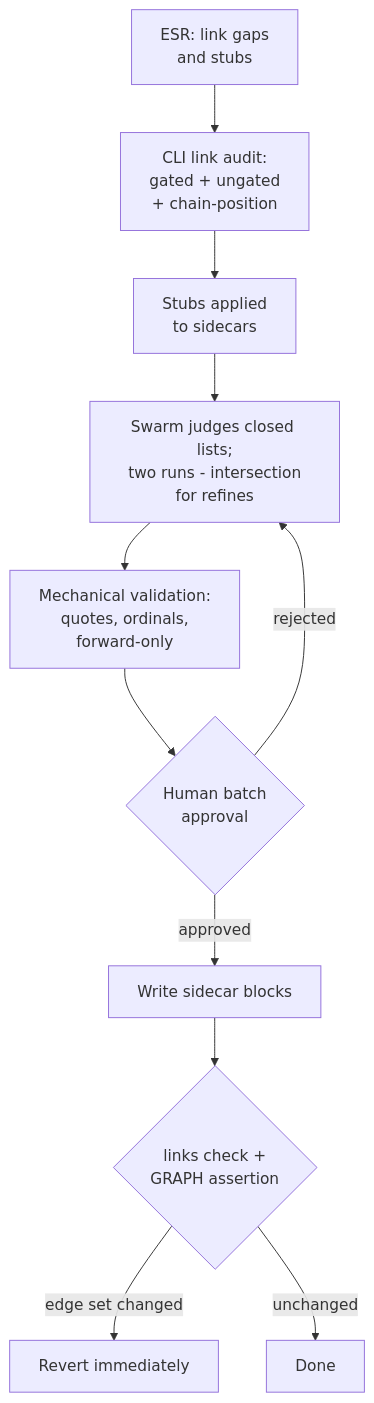
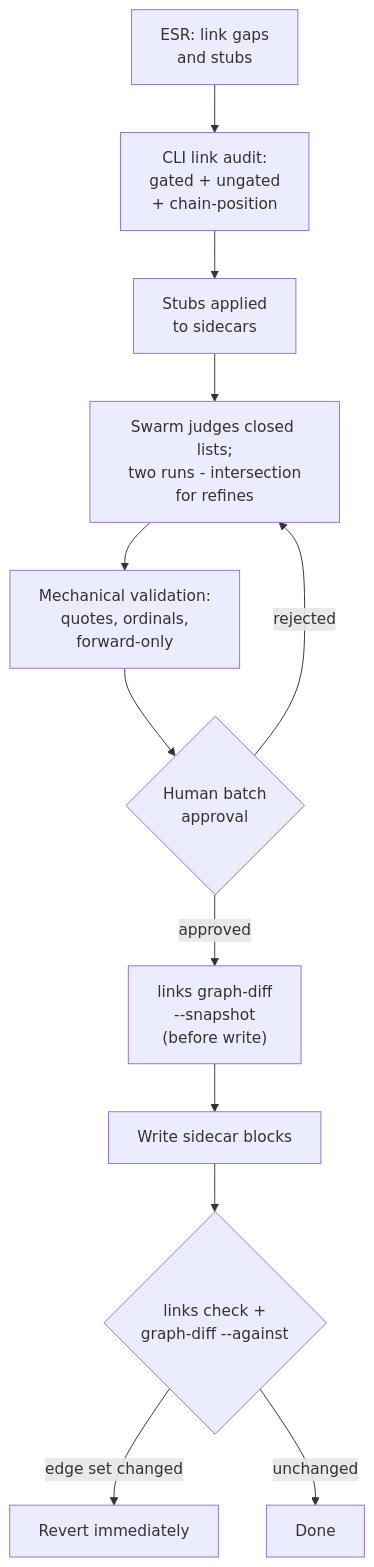
One commit to jnl-tshi/memory-seed changed the fourth of 8 diagrams in docs/1_Inbox/agent-interaction-storylines-review.md. Above: the diagram before and after it, drawn with Mermaid. The commit also changed other lines of this file and 7 other files, not shown here.

````diff
--- a/docs/1_Inbox/agent-interaction-storylines-review.md
+++ b/docs/1_Inbox/agent-interaction-storylines-review.md
@@ -199,13 +200,14 @@
 ```mermaid
 flowchart TD
     A["ESR: link gaps<br/>and stubs"] --> B["CLI link audit:<br/>gated + ungated<br/>+ chain-position"]
     B --> C["Stubs applied<br/>to sidecars"]
     C --> D["Swarm judges closed lists;<br/>two runs - intersection<br/>for refines"]
     D --> E["Mechanical validation:<br/>quotes, ordinals,<br/>forward-only"]
     E --> F{"Human batch<br/>approval"}
     F -- rejected --> D
-    F -- approved --> G["Write sidecar blocks"]
-    G --> H{"links check +<br/>GRAPH assertion"}
-    H -- "edge set changed" --> I["Revert immediately"]
-    H -- unchanged --> J["Done"]
+    F -- approved --> G["links graph-diff<br/>--snapshot<br/>(before write)"]
+    G --> H["Write sidecar blocks"]
+    H --> I{"links check +<br/>graph-diff --against"}
+    I -- "edge set changed" --> J["Revert immediately"]
+    I -- unchanged --> K["Done"]
 ```
````
